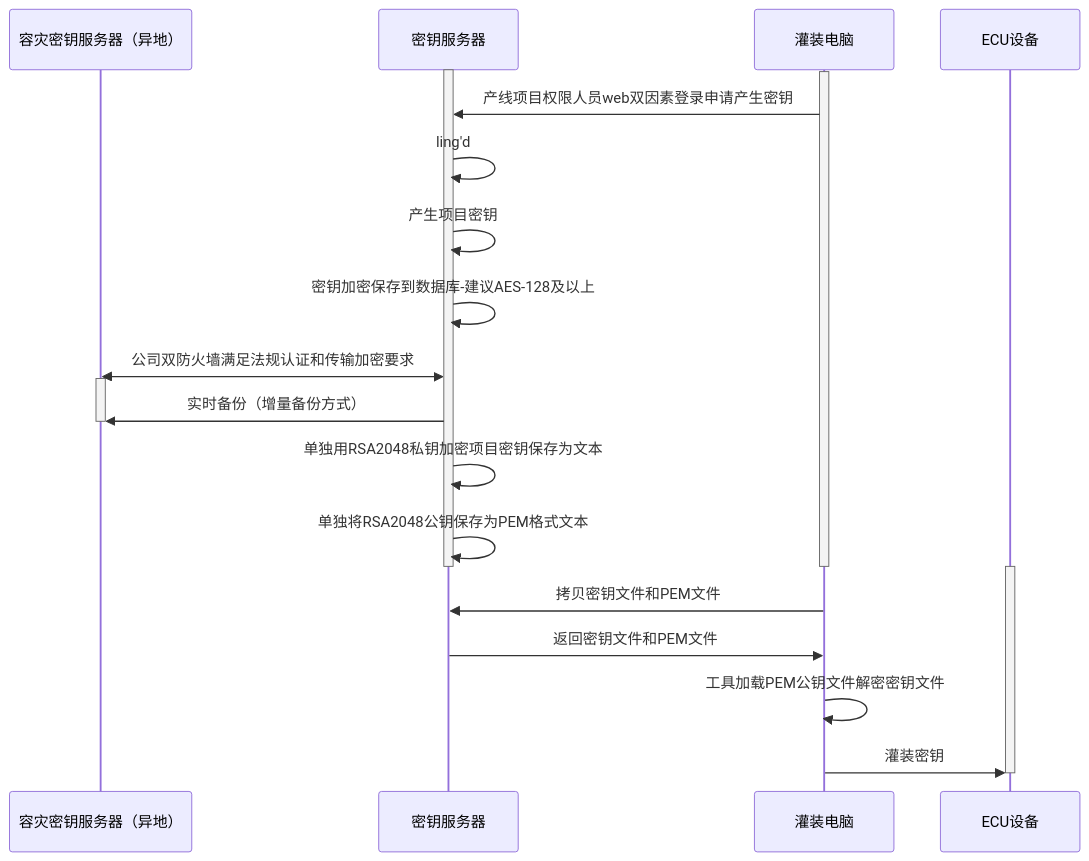
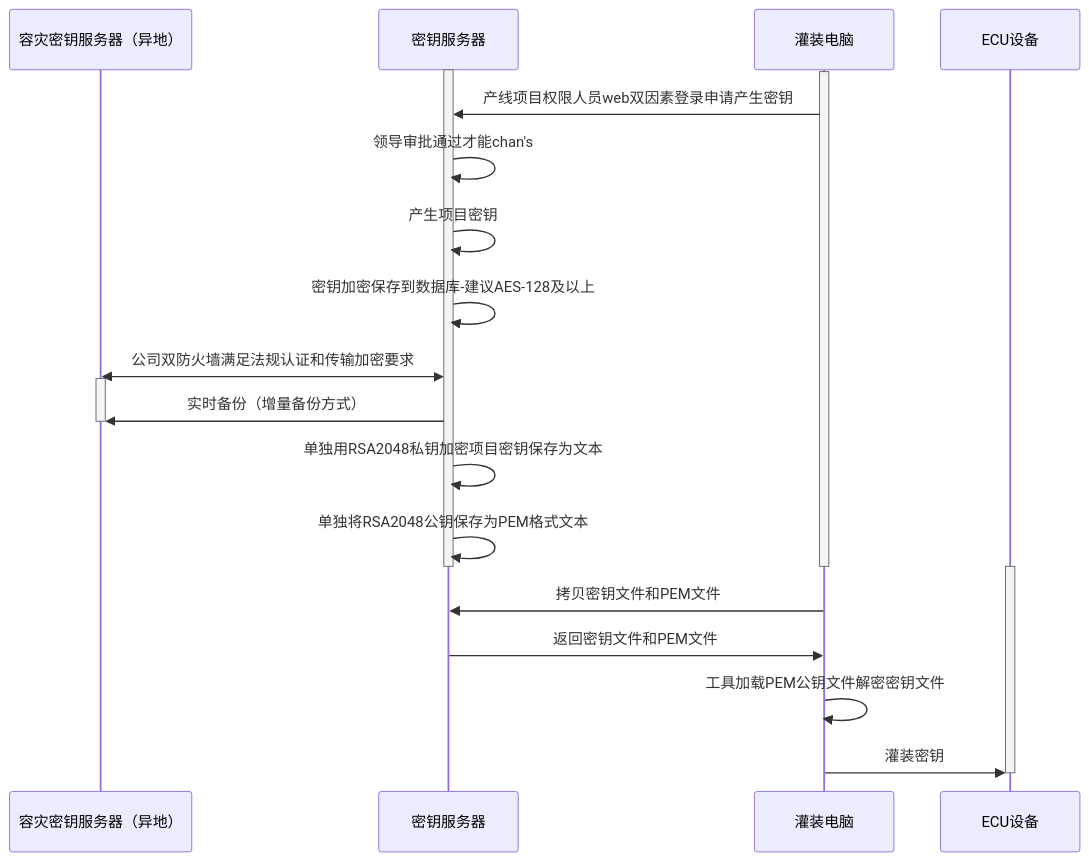
The diagram in all/未命名-15.md (facebook-cloud/iodraw-files), drawn with Mermaid before and after one commit.

Commit message:
2026-02-11 19:27:34 update

````diff
--- a/all/未命名-15.md
+++ b/all/未命名-15.md
@@ -1,31 +1,31 @@
 ```mermaid
 sequenceDiagram
     participant A as 容灾密钥服务器（异地）
     participant B as 密钥服务器
     participant D as 灌装电脑
     participant E as ECU设备
 
     activate B
     activate D
     D->>B: 产线项目权限人员web双因素登录申请产生密钥
-    B->>B: ling'd
+    B->>B: 领导审批通过才能chan's
     B->>B: 产生项目密钥
     B->>B: 密钥加密保存到数据库-建议AES-128及以上
     A<<->>B: 公司双防火墙满足法规认证和传输加密要求
 
     activate A
     B->>A: 实时备份（增量备份方式）
     deactivate A
     B->>B: 单独用RSA2048私钥加密项目密钥保存为文本
     B->>B: 单独将RSA2048公钥保存为PEM格式文本
     deactivate B
     deactivate D
 
     activate E
     D->>B: 拷贝密钥文件和PEM文件
     B->>D: 返回密钥文件和PEM文件
     D->>D:工具加载PEM公钥文件解密密钥文件
     D->>E: 灌装密钥
     deactivate E
 
 ```
````
